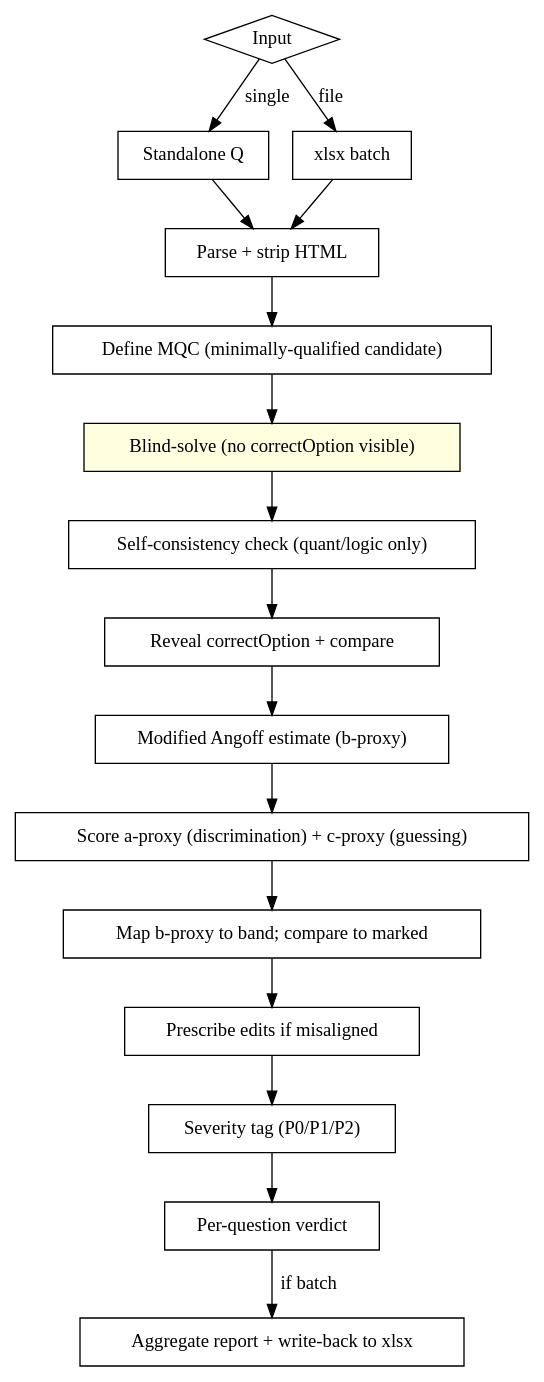
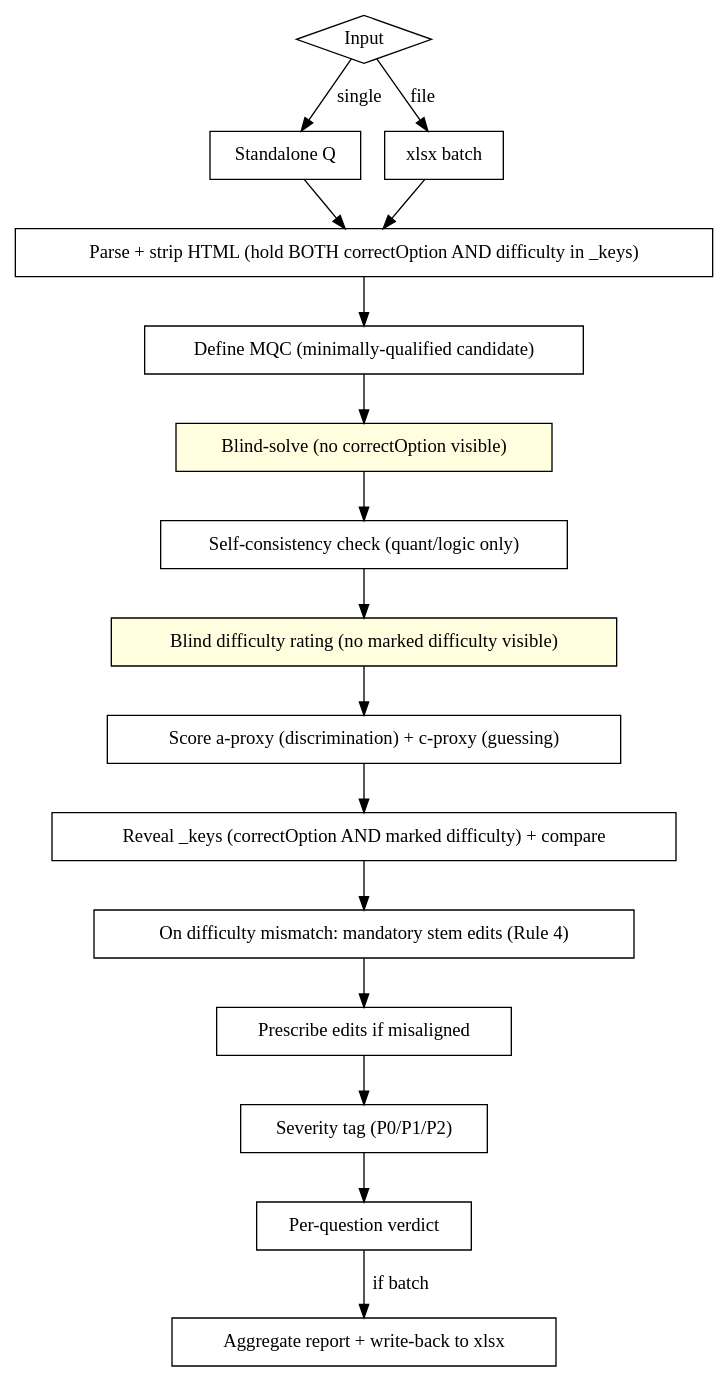
One commit to v60samurai/qc-questions changed the diagram in skills/qc-questions/SKILL.md. Above: the diagram before and after it, drawn with Graphviz. The commit also changed other lines of this file and 13 other files, not shown here.

````diff
--- a/skills/qc-questions/SKILL.md
+++ b/skills/qc-questions/SKILL.md
@@ -32,35 +32,35 @@
 ```dot
 digraph qc_flow {
   "Input" [shape=diamond];
   "Standalone Q" [shape=box];
   "xlsx batch" [shape=box];
-  "Parse + strip HTML" [shape=box];
+  "Parse + strip HTML (hold BOTH correctOption AND difficulty in _keys)" [shape=box];
   "Define MQC (minimally-qualified candidate)" [shape=box];
   "Blind-solve (no correctOption visible)" [shape=box, style=filled, fillcolor=lightyellow];
   "Self-consistency check (quant/logic only)" [shape=box];
-  "Reveal correctOption + compare" [shape=box];
-  "Modified Angoff estimate (b-proxy)" [shape=box];
+  "Blind difficulty rating (no marked difficulty visible)" [shape=box, style=filled, fillcolor=lightyellow];
   "Score a-proxy (discrimination) + c-proxy (guessing)" [shape=box];
-  "Map b-proxy to band; compare to marked" [shape=box];
+  "Reveal _keys (correctOption AND marked difficulty) + compare" [shape=box];
+  "On difficulty mismatch: mandatory stem edits (Rule 4)" [shape=box];
   "Prescribe edits if misaligned" [shape=box];
   "Severity tag (P0/P1/P2)" [shape=box];
   "Per-question verdict" [shape=box];
   "Aggregate report + write-back to xlsx" [shape=box];
 
   "Input" -> "Standalone Q" [label="single"];
   "Input" -> "xlsx batch" [label="file"];
-  "Standalone Q" -> "Parse + strip HTML";
-  "xlsx batch" -> "Parse + strip HTML";
-  "Parse + strip HTML" -> "Define MQC (minimally-qualified candidate)";
+  "Standalone Q" -> "Parse + strip HTML (hold BOTH correctOption AND difficulty in _keys)";
+  "xlsx batch" -> "Parse + strip HTML (hold BOTH correctOption AND difficulty in _keys)";
+  "Parse + strip HTML (hold BOTH correctOption AND difficulty in _keys)" -> "Define MQC (minimally-qualified candidate)";
   "Define MQC (minimally-qualified candidate)" -> "Blind-solve (no correctOption visible)";
   "Blind-solve (no correctOption visible)" -> "Self-consistency check (quant/logic only)";
-  "Self-consistency check (quant/logic only)" -> "Reveal correctOption + compare";
-  "Reveal correctOption + compare" -> "Modified Angoff estimate (b-proxy)";
-  "Modified Angoff estimate (b-proxy)" -> "Score a-proxy (discrimination) + c-proxy (guessing)";
-  "Score a-proxy (discrimination) + c-proxy (guessing)" -> "Map b-proxy to band; compare to marked";
-  "Map b-proxy to band; compare to marked" -> "Prescribe edits if misaligned";
+  "Self-consistency check (quant/logic only)" -> "Blind difficulty rating (no marked difficulty visible)";
+  "Blind difficulty rating (no marked difficulty visible)" -> "Score a-proxy (discrimination) + c-proxy (guessing)";
+  "Score a-proxy (discrimination) + c-proxy (guessing)" -> "Reveal _keys (correctOption AND marked difficulty) + compare";
+  "Reveal _keys (correctOption AND marked difficulty) + compare" -> "On difficulty mismatch: mandatory stem edits (Rule 4)";
+  "On difficulty mismatch: mandatory stem edits (Rule 4)" -> "Prescribe edits if misaligned";
   "Prescribe edits if misaligned" -> "Severity tag (P0/P1/P2)";
   "Severity tag (P0/P1/P2)" -> "Per-question verdict";
   "Per-question verdict" -> "Aggregate report + write-back to xlsx" [label="if batch"];
 }
 ```
````
